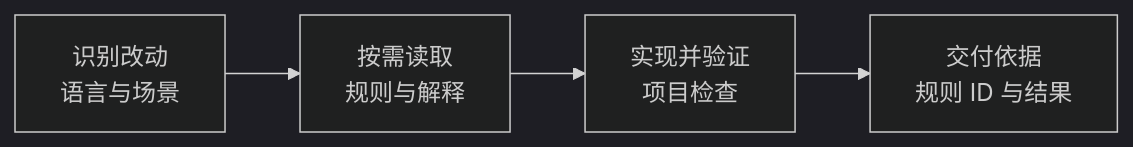
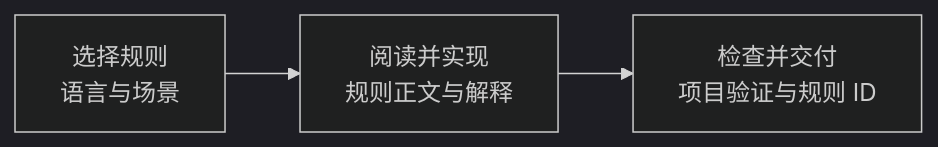
Before and after one commit to yuhengqin/secure-coding-skill: the diagram in README.md, drawn with Mermaid (dark theme). The commit also changed 1 other file, not shown here.

Commit message:
docs: keep README workflow diagram legible

````diff
--- a/README.md
+++ b/README.md
@@ -23,6 +23,5 @@
 ```mermaid
 flowchart LR
-    A["识别改动<br/>语言与场景"] --> B["按需读取<br/>规则与解释"]
-    B --> C["实现并验证<br/>项目检查"]
-    C --> D["交付依据<br/>规则 ID 与结果"]
+    A["选择规则<br/>语言与场景"] --> B["阅读并实现<br/>规则正文与解释"]
+    B --> C["检查并交付<br/>项目验证与规则 ID"]
 ```
````
